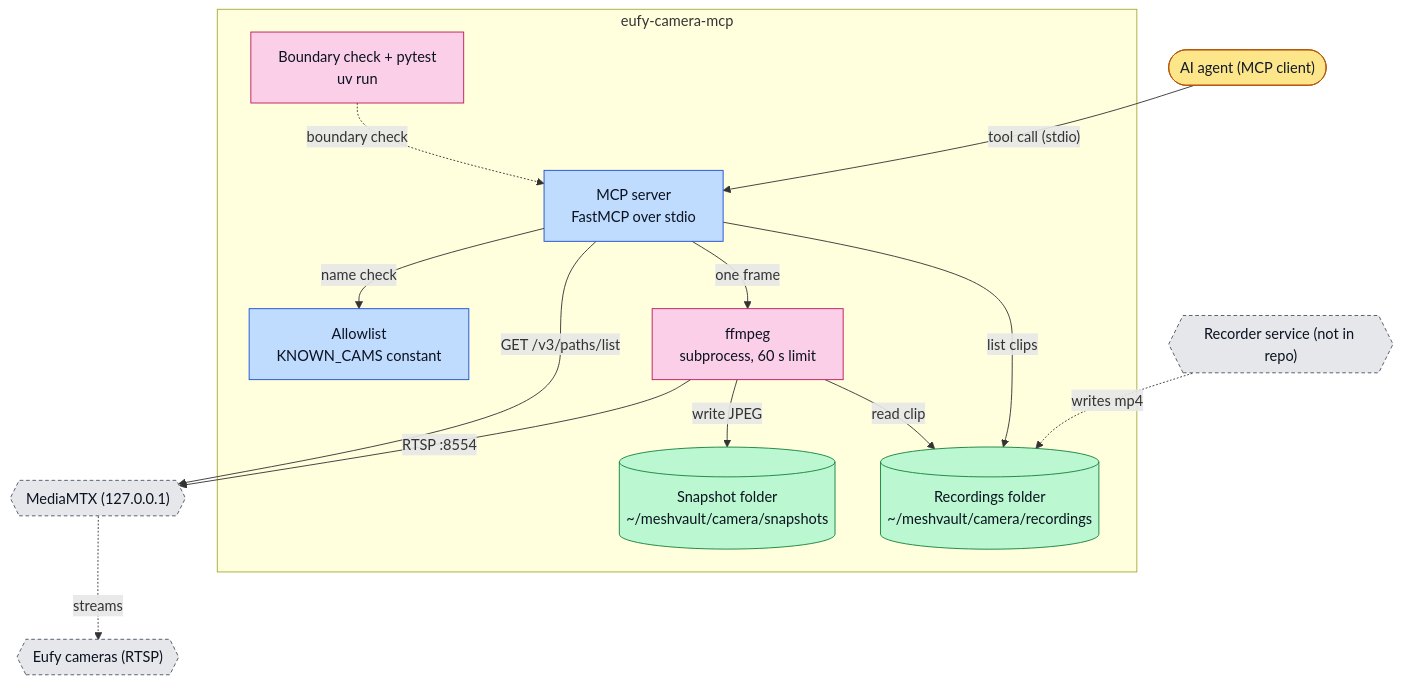
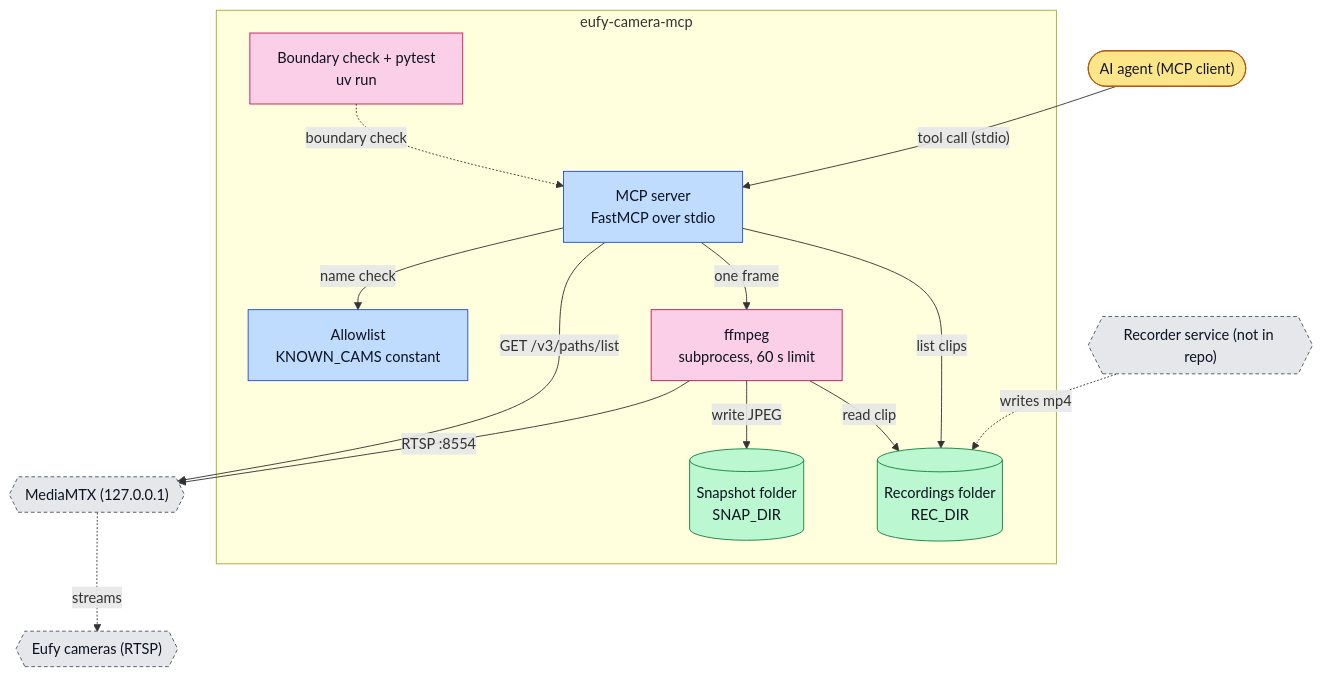
Before and after one commit to thefiredev-cloud/eufy-camera-mcp: the diagram in docs/architecture/containers.mmd, drawn with Mermaid. The commit also changed 12 other files, not shown here.

First line of the commit message:
docs(arch): drop owner home paths from diagrams; fix ffmpeg label wrap

```diff
--- a/docs/architecture/containers.mmd
+++ b/docs/architecture/containers.mmd
@@ -1,29 +1,29 @@
 flowchart TB
   agent(["AI agent (MCP client)"]):::actor
   mtx{{"MediaMTX (127.0.0.1)"}}:::ext
   cams{{"Eufy cameras (RTSP)"}}:::ext
   recorder{{"Recorder service (not in repo)"}}:::ext
   subgraph SYSTEM["eufy-camera-mcp"]
     server["MCP server<br/>FastMCP over stdio"]:::app
     allow["Allowlist<br/>KNOWN_CAMS constant"]:::app
     ffmpeg["ffmpeg<br/>subprocess, 60 s limit"]:::job
-    snaps[("Snapshot folder<br/>~/meshvault/camera/snapshots")]:::store
-    recs[("Recordings folder<br/>~/meshvault/camera/recordings")]:::store
+    snaps[("Snapshot folder<br/>SNAP_DIR")]:::store
+    recs[("Recordings folder<br/>REC_DIR")]:::store
     tests["Boundary check + pytest<br/>uv run"]:::job
   end
   agent -->|"tool call (stdio)"| server
   server -->|"name check"| allow
   server -->|"GET /v3/paths/list"| mtx
   server -->|"one frame"| ffmpeg
   ffmpeg -->|"RTSP :8554"| mtx
   mtx -.->|"streams"| cams
   ffmpeg -->|"write JPEG"| snaps
   ffmpeg -->|"read clip"| recs
   recorder -.->|"writes mp4"| recs
   server -->|"list clips"| recs
   tests -.->|"boundary check"| server
   classDef actor fill:#fde68a,stroke:#b45309,color:#111827
   classDef app fill:#bfdbfe,stroke:#1d4ed8,color:#0b1220
   classDef ext fill:#e5e7eb,stroke:#4b5563,color:#0b1220,stroke-dasharray:4 3
   classDef job fill:#fbcfe8,stroke:#be185d,color:#0b1220
   classDef store fill:#bbf7d0,stroke:#15803d,color:#0b1220
```
